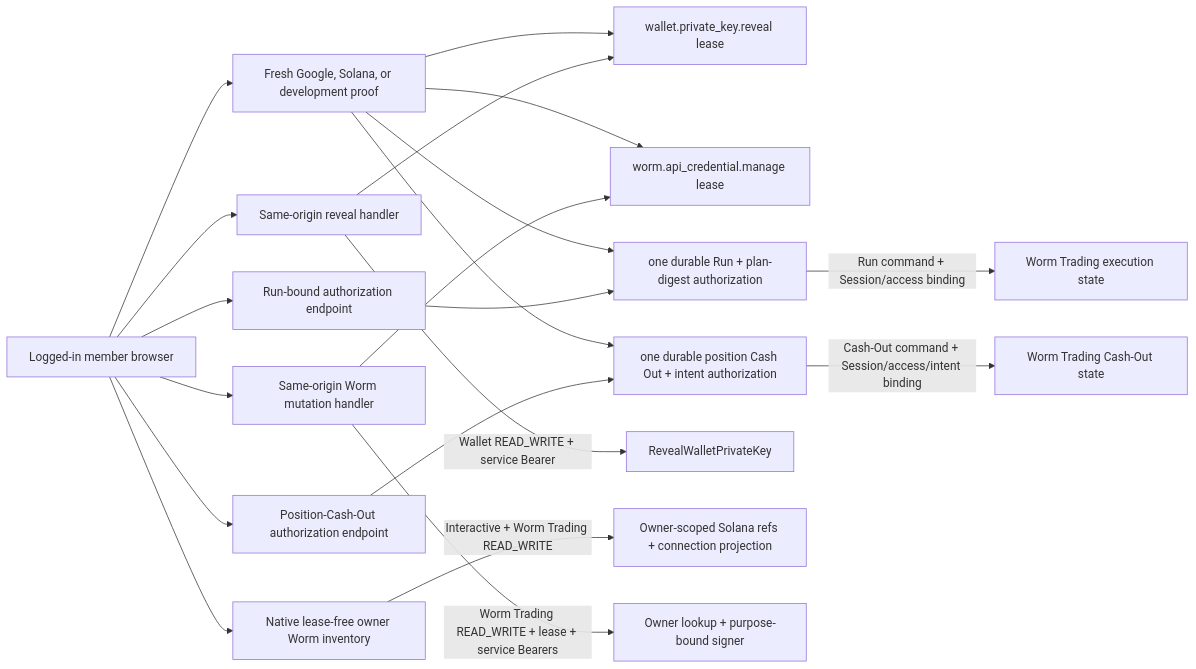
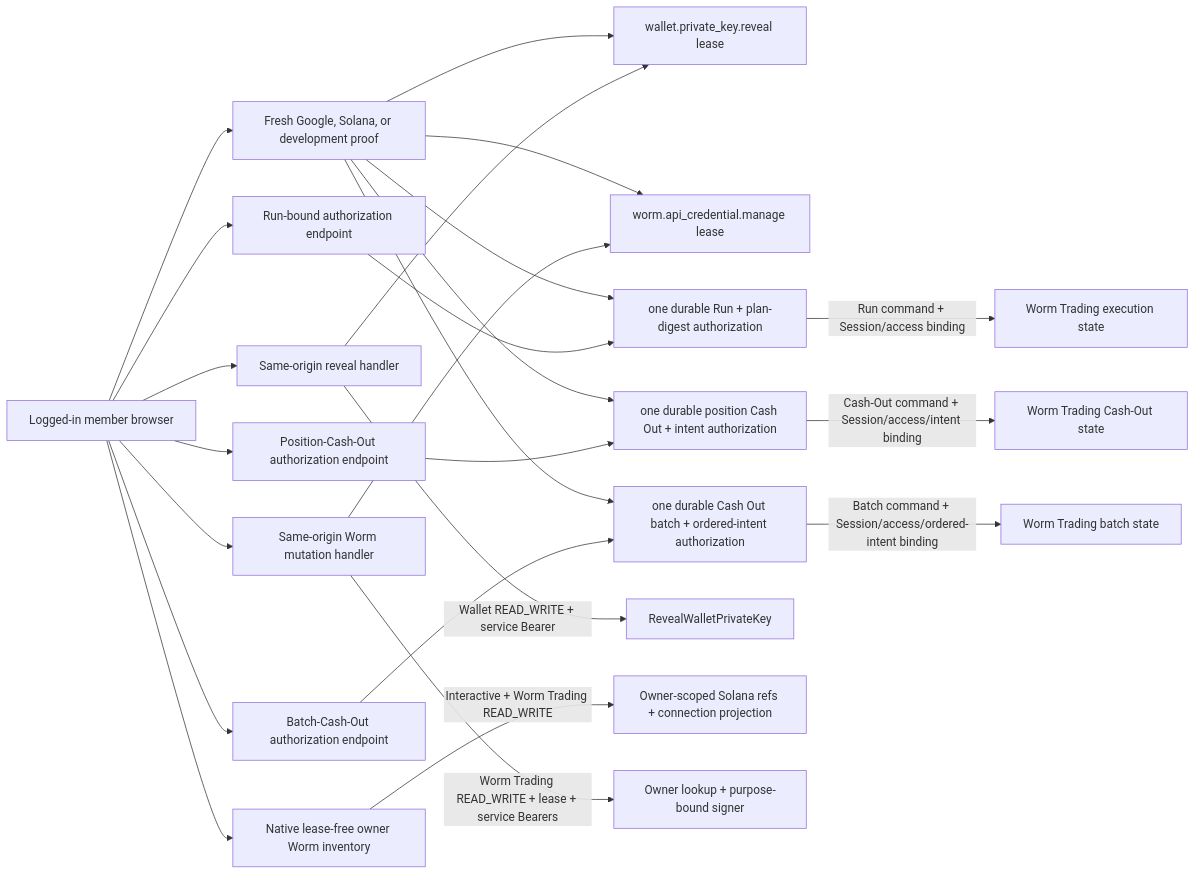
The diagram in docs/design/identity-access/wallet-secret-reauthentication.md (useryege/athena-o), drawn with Mermaid before and after one commit. The commit also changed other lines of this file and 56 other files, not shown here.

````diff
--- a/docs/design/identity-access/wallet-secret-reauthentication.md
+++ b/docs/design/identity-access/wallet-secret-reauthentication.md
@@ -57,22 +63,26 @@
 ```mermaid
 flowchart LR
     B["Logged-in member browser"] --> P["Fresh Google, Solana, or development proof"]
     P --> R1["wallet.private_key.reveal lease"]
     P --> R2["worm.api_credential.manage lease"]
     P --> R3["one durable Run + plan-digest authorization"]
     P --> R4["one durable position Cash Out + intent authorization"]
+    P --> R5["one durable Cash Out batch + ordered-intent authorization"]
     B --> H1["Same-origin reveal handler"]
     B --> I["Native lease-free owner Worm inventory"]
     B --> H2["Same-origin Worm mutation handler"]
     H1 --> R1
     H2 --> R2
     B --> H3["Run-bound authorization endpoint"]
     H3 --> R3
     B --> H4["Position-Cash-Out authorization endpoint"]
     H4 --> R4
+    B --> H5["Batch-Cash-Out authorization endpoint"]
+    H5 --> R5
     H1 -->|"Wallet READ_WRITE + service Bearer"| W1["RevealWalletPrivateKey"]
     I -->|"Interactive + Worm Trading READ_WRITE"| W2["Owner-scoped Solana refs + connection projection"]
     H2 -->|"Worm Trading READ_WRITE + lease + service Bearers"| W3["Owner lookup + purpose-bound signer"]
     R3 -->|"Run command + Session/access binding"| E["Worm Trading execution state"]
     R4 -->|"Cash-Out command + Session/access/intent binding"| C["Worm Trading Cash-Out state"]
+    R5 -->|"Batch command + Session/access/ordered-intent binding"| CB["Worm Trading batch state"]
 ```
````
